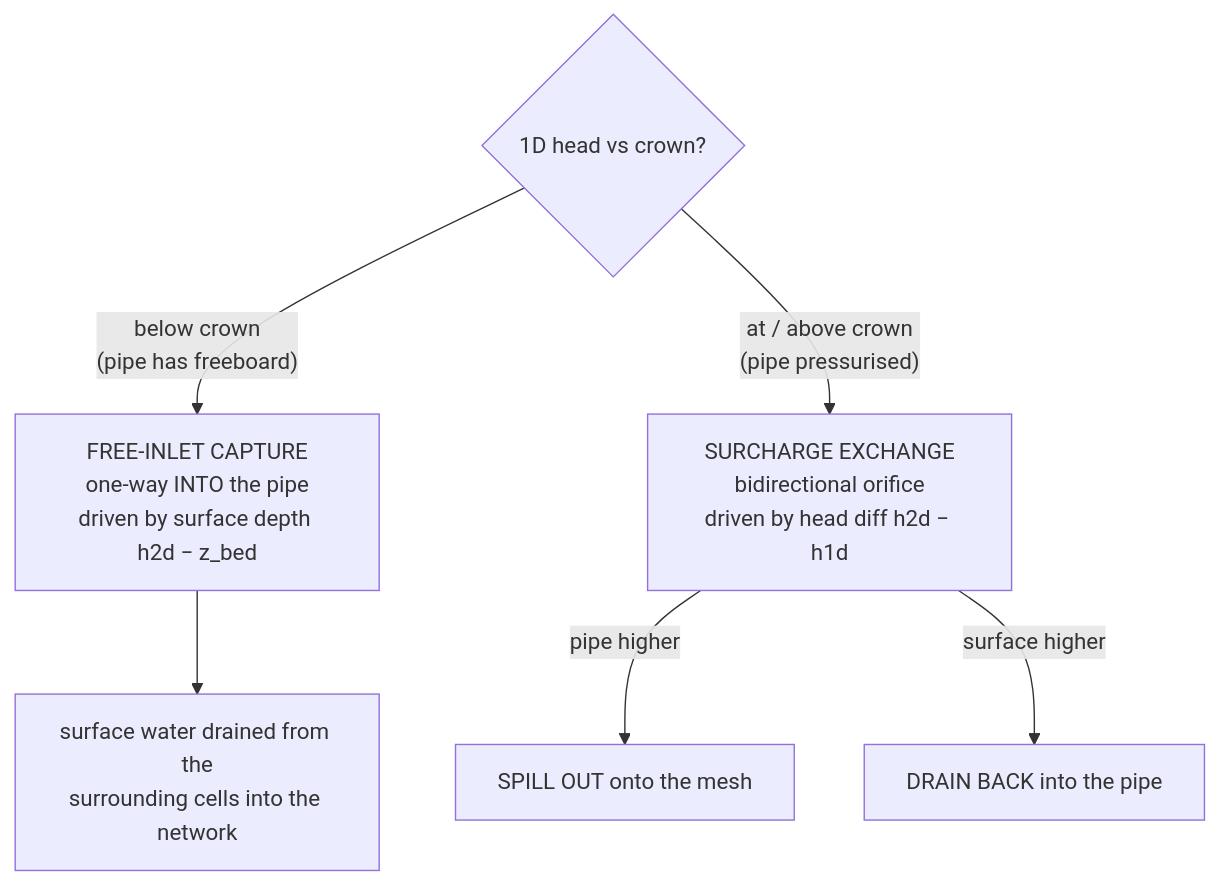
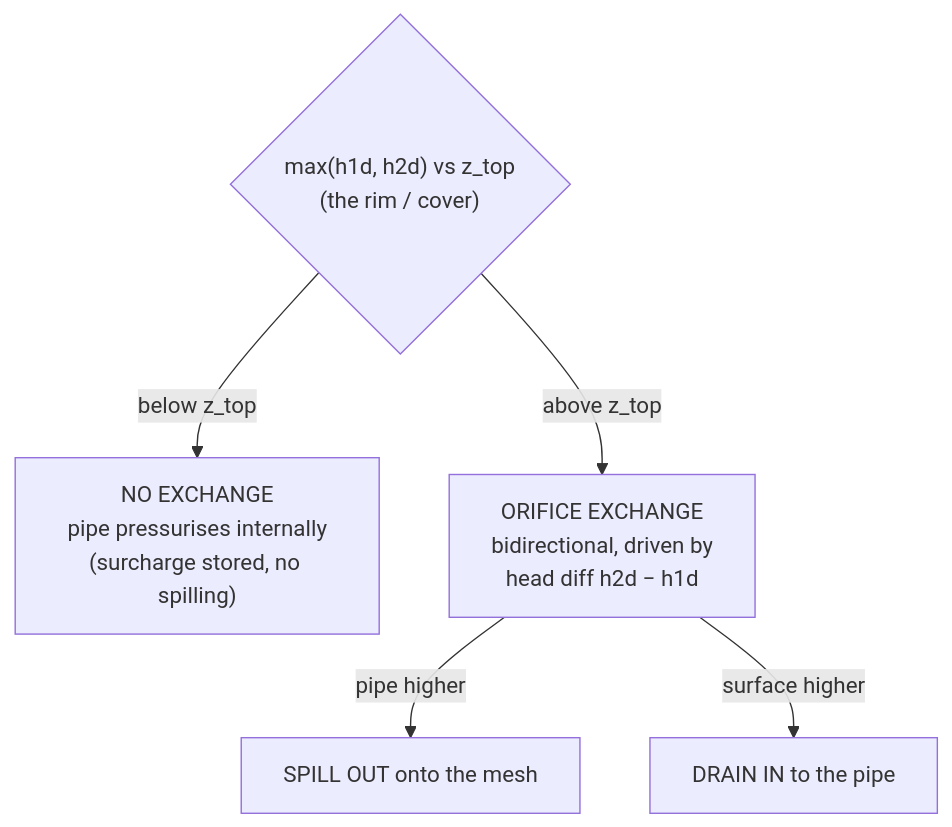
One commit to HydroCouple/openswmm.engine changed the third of 5 diagrams in docs/1D_2D_COUPLING_CONFIGURATION.md. Above: the diagram before and after it, drawn with Mermaid. The commit also changed other lines of this file and 1 other file, not shown here.

First line of the commit message:
feat(2d): capped-pipe junction coupling (gated orifice, no spill below z_top)

````diff
--- a/docs/1D_2D_COUPLING_CONFIGURATION.md
+++ b/docs/1D_2D_COUPLING_CONFIGURATION.md
@@ -118,9 +129,8 @@
 ```mermaid
 flowchart TD
-    A{"1D head vs crown?"}
-    A -->|"below crown<br/>(pipe has freeboard)"| B["FREE-INLET CAPTURE<br/>one-way INTO the pipe<br/>driven by surface depth h2d − z_bed"]
-    A -->|"at / above crown<br/>(pipe pressurised)"| C["SURCHARGE EXCHANGE<br/>bidirectional orifice<br/>driven by head diff h2d − h1d"]
-    B --> D["surface water drained from the<br/>surrounding cells into the network"]
+    A{"max(h1d, h2d) vs z_top<br/>(the rim / cover)"}
+    A -->|"below z_top"| B["NO EXCHANGE<br/>pipe pressurises internally<br/>(surcharge stored, no spilling)"]
+    A -->|"above z_top"| C["ORIFICE EXCHANGE<br/>bidirectional, driven by<br/>head diff h2d − h1d"]
     C -->|"pipe higher"| E["SPILL OUT onto the mesh"]
-    C -->|"surface higher"| F["DRAIN BACK into the pipe"]
+    C -->|"surface higher"| F["DRAIN IN to the pipe"]
 ```
````
